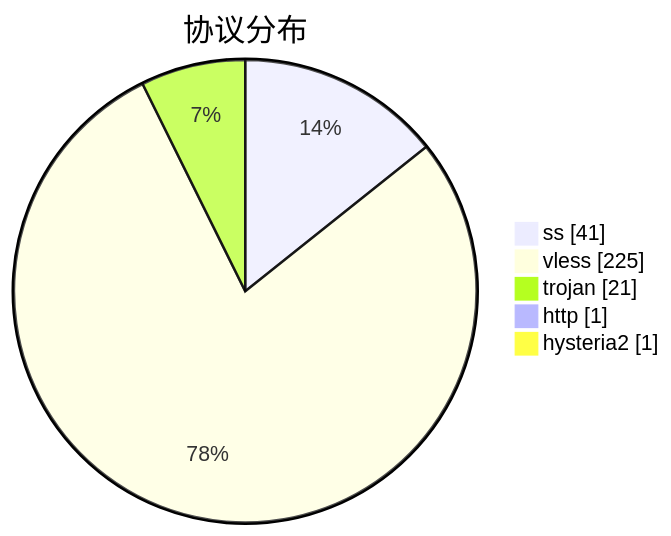
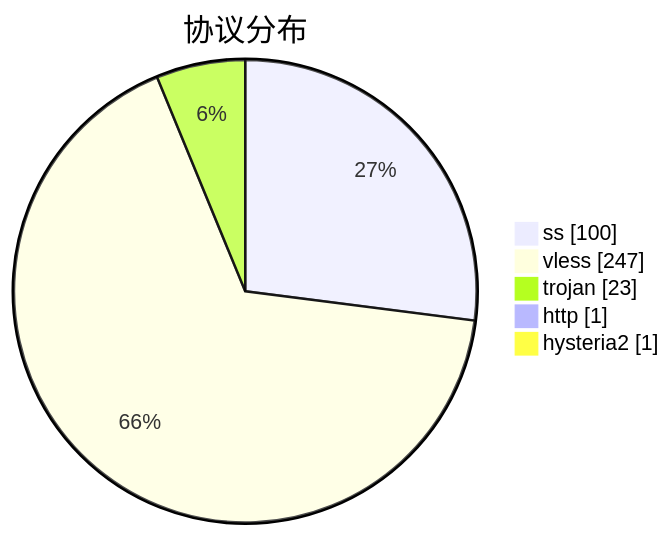
The third of 3 diagrams in subs/statistics/tested_within.md (qjlxg/airport), drawn with Mermaid before and after one commit. The commit also changed other lines of this file and 2 other files, not shown here.

````diff
--- a/subs/statistics/tested_within.md
+++ b/subs/statistics/tested_within.md
@@ -18,9 +20,9 @@
 ```mermaid
 pie showData
 title 协议分布
-"ss" : 41
-"vless" : 225
-"trojan" : 21
+"ss" : 100
+"vless" : 247
+"trojan" : 23
 "http" : 1
 "hysteria2" : 1
 ```
````
